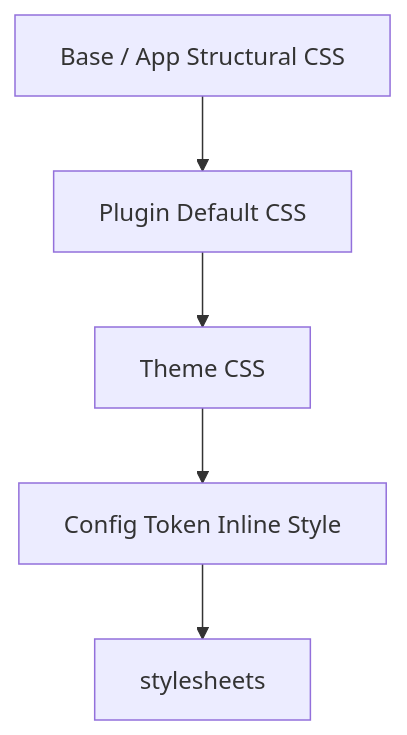
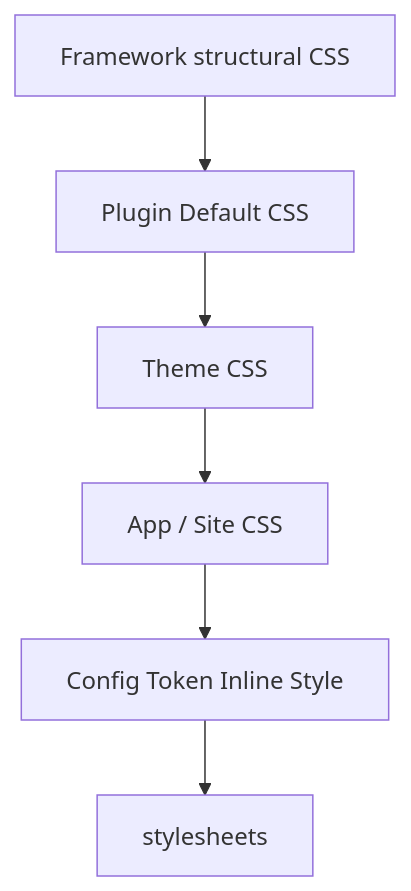
The diagram in docs/docs/glossary/css-contract.md (Rerurate514/riebeckite), drawn with Mermaid before and after one commit. The commit also changed other lines of this file and 36 other files, not shown here.

````diff
--- a/docs/docs/glossary/css-contract.md
+++ b/docs/docs/glossary/css-contract.md
@@ -20,12 +20,14 @@
 ```mermaid
 flowchart TD
-  Base[Base / App Structural CSS]
+  Framework[Framework structural CSS]
   Plugin[Plugin Default CSS]
   Theme[Theme CSS]
+  App[App / Site CSS]
   Token[Config Token Inline Style]
   User[stylesheets]
-  Base --> Plugin
+  Framework --> Plugin
   Plugin --> Theme
-  Theme --> Token
+  Theme --> App
+  App --> Token
   Token --> User
 ```
````
